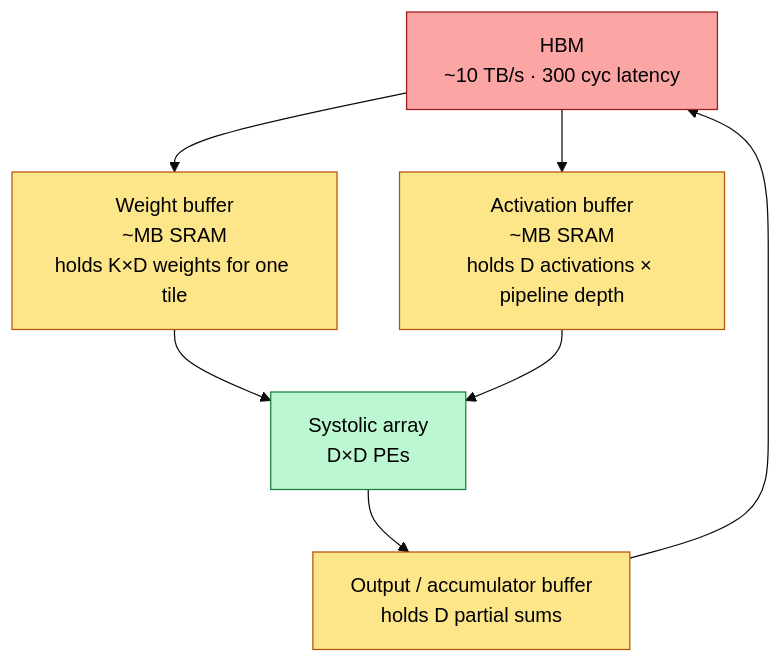
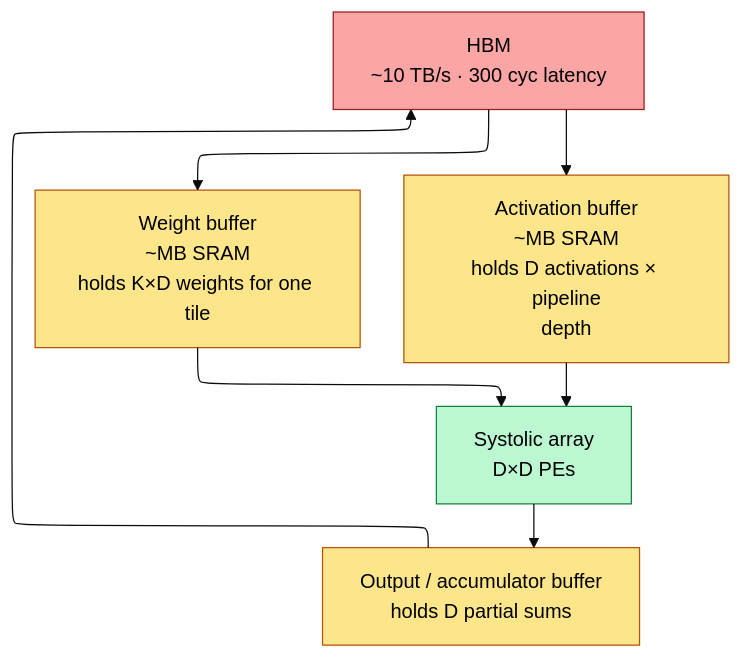
One commit to Wty2003328/ai_infra_intro changed the eighth of 9 diagrams in ai_infra/L2_Digital_Design_for_AI/Systolic_Arrays_and_Dataflow.md. Above: the diagram before and after it, drawn with Mermaid (base theme). The commit also changed other lines of this file and 108 other files, not shown here.

````diff
--- a/ai_infra/L2_Digital_Design_for_AI/Systolic_Arrays_and_Dataflow.md
+++ b/ai_infra/L2_Digital_Design_for_AI/Systolic_Arrays_and_Dataflow.md
@@ -362,17 +369,18 @@
 ```mermaid
+%%{init: {"flowchart": {"defaultRenderer": "elk", "nodeSpacing": 60, "rankSpacing": 60, "htmlLabels": false}}}%%
 flowchart TB
     HBM[HBM<br/>~10 TB/s · 300 cyc latency]:::off
     WBUF[Weight buffer<br/>~MB SRAM<br/>holds K×D weights for one tile]:::buf
-    ABUF[Activation buffer<br/>~MB SRAM<br/>holds D activations × pipeline depth]:::buf
+    ABUF[Activation buffer<br/>~MB SRAM<br/>holds D activations × pipeline<br/>depth]:::buf
     SYS[Systolic array<br/>D×D PEs]:::sys
     OBUF[Output / accumulator buffer<br/>holds D partial sums]:::buf
     HBM --> WBUF
     HBM --> ABUF
     WBUF --> SYS
     ABUF --> SYS
     SYS --> OBUF
     OBUF --> HBM
     classDef off fill:#fca5a5,stroke:#991b1b,color:#000
     classDef buf fill:#fde68a,stroke:#b45309,color:#000
     classDef sys fill:#bbf7d0,stroke:#15803d,color:#000
 ```
````
